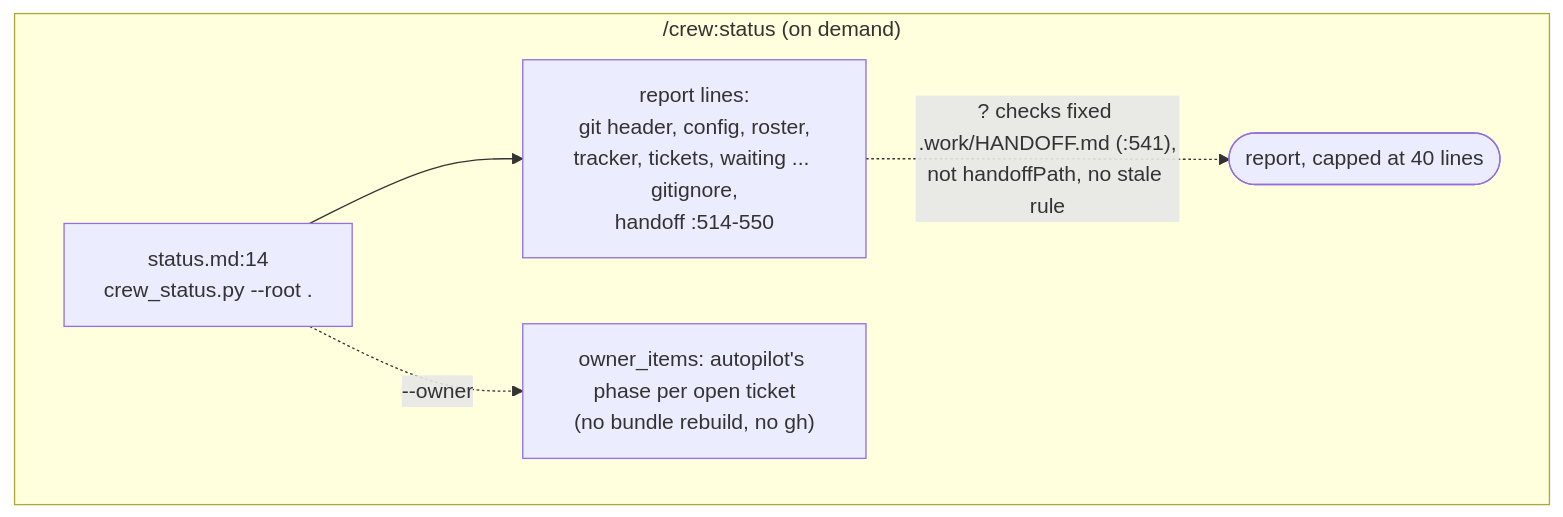
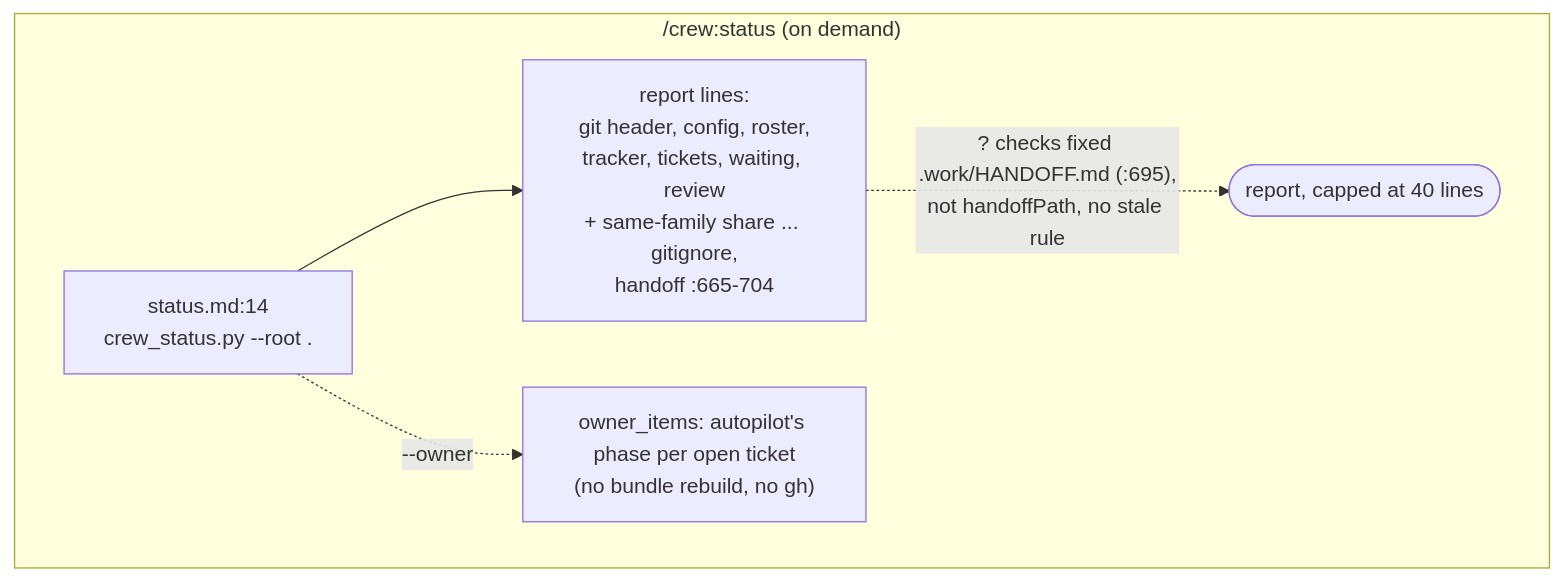
Diagram 25 of 37 in docs/diagrams/README.md (mbadali25/useful-claude-add-ons), drawn with Mermaid before and after one commit. The commit also changed other lines of this file and 11 other files, not shown here.

First line of the commit message:
L-0713 follow-up: refresh the diagrams /crew:done named stale

````diff
--- a/docs/diagrams/README.md
+++ b/docs/diagrams/README.md
@@ -980,8 +980,8 @@
 ```mermaid
 flowchart TB
     subgraph status["/crew:status (on demand)"]
-        st1["status.md:14<br/>crew_status.py --root ."] --> st2["report lines:<br/>git header, config, roster,<br/>tracker, tickets, waiting ... gitignore,<br/>handoff :514-550"]
-        st2 -. "? checks fixed .work/HANDOFF.md (:541),<br/>not handoffPath, no stale rule" .-> st3([report, capped at 40 lines])
+        st1["status.md:14<br/>crew_status.py --root ."] --> st2["report lines:<br/>git header, config, roster,<br/>tracker, tickets, waiting, review<br/>+ same-family share ... gitignore,<br/>handoff :665-704"]
+        st2 -. "? checks fixed .work/HANDOFF.md (:695),<br/>not handoffPath, no stale rule" .-> st3([report, capped at 40 lines])
         st1 -. "--owner" .-> st4["owner_items: autopilot's phase per open ticket<br/>(no bundle rebuild, no gh)"]
     end
 ```
````
